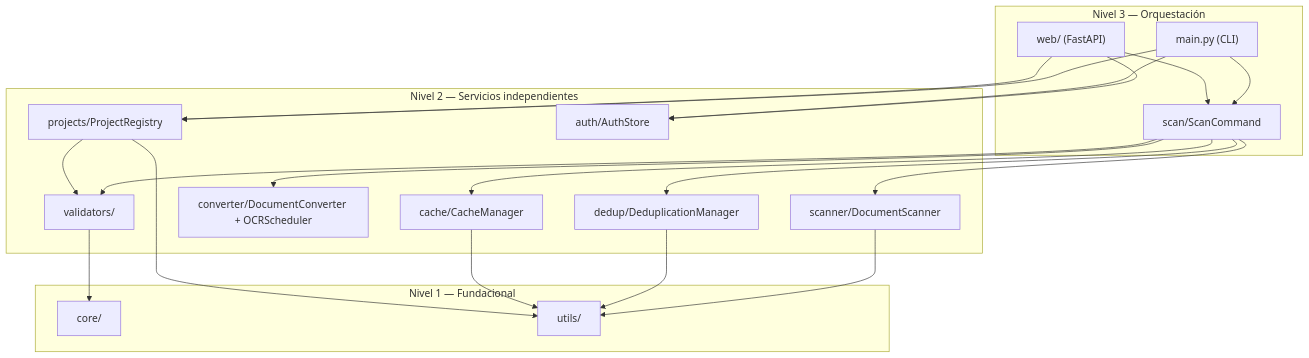
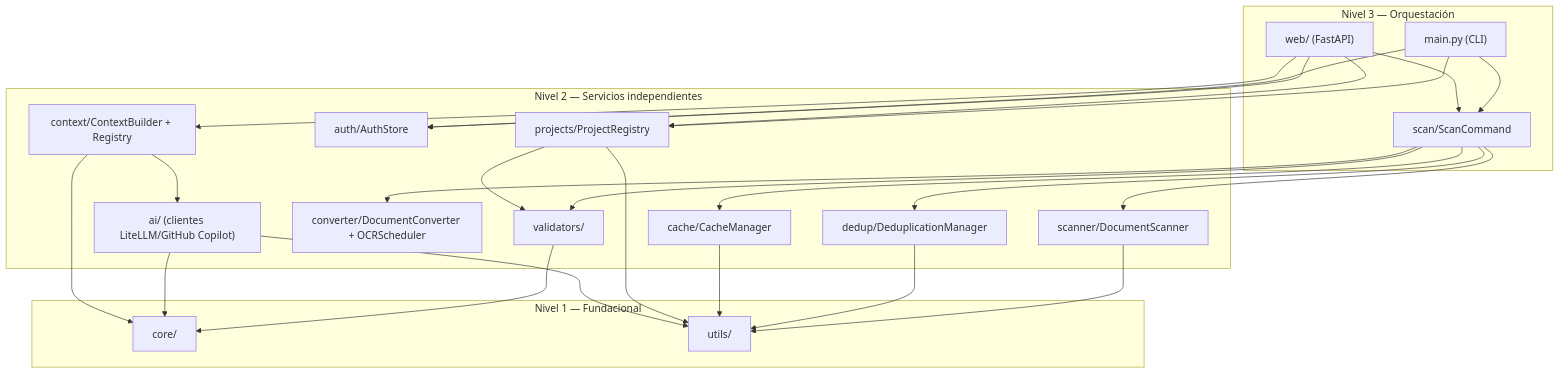
The diagram in .ai/architecture.md (fmanza/doc_organize), drawn with Mermaid before and after one commit. The commit also changed other lines of this file and 7 other files, not shown here.

````diff
--- a/.ai/architecture.md
+++ b/.ai/architecture.md
@@ -57,38 +62,45 @@
 ```mermaid
 graph TB
     subgraph L3["Nivel 3 — Orquestación"]
         CLI["main.py (CLI)"]
         ScanCmd["scan/ScanCommand"]
         Web["web/ (FastAPI)"]
     end
     subgraph L2["Nivel 2 — Servicios independientes"]
         Validators["validators/"]
         Scanner["scanner/DocumentScanner"]
         Converter["converter/DocumentConverter + OCRScheduler"]
         Dedup["dedup/DeduplicationManager"]
         Cache["cache/CacheManager"]
         Projects["projects/ProjectRegistry"]
         Auth["auth/AuthStore"]
+        Ai["ai/ (clientes LiteLLM/GitHub Copilot)"]
+        Context["context/ContextBuilder + Registry"]
     end
     subgraph L1["Nivel 1 — Fundacional"]
         Core["core/"]
         Utils["utils/"]
     end
     CLI --> ScanCmd
     Web --> ScanCmd
     CLI --> Projects
     Web --> Projects
     Web --> Auth
     CLI --> Auth
+    Web --> Context
     ScanCmd --> Validators
     ScanCmd --> Scanner
     ScanCmd --> Converter
     ScanCmd --> Dedup
     ScanCmd --> Cache
     Validators --> Core
     Scanner --> Utils
     Dedup --> Utils
     Cache --> Utils
     Projects --> Utils
     Projects --> Validators
+    Ai --> Core
+    Ai --> Utils
+    Context --> Core
+    Context --> Ai
 ```
````
